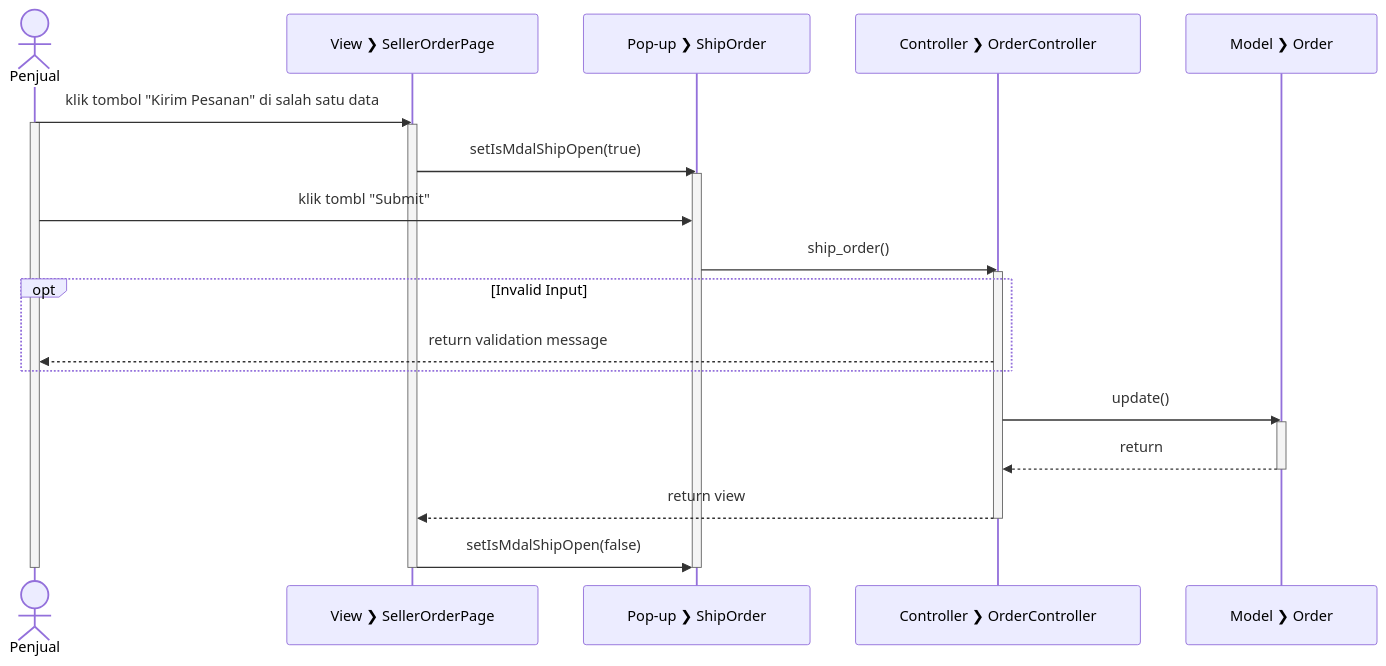
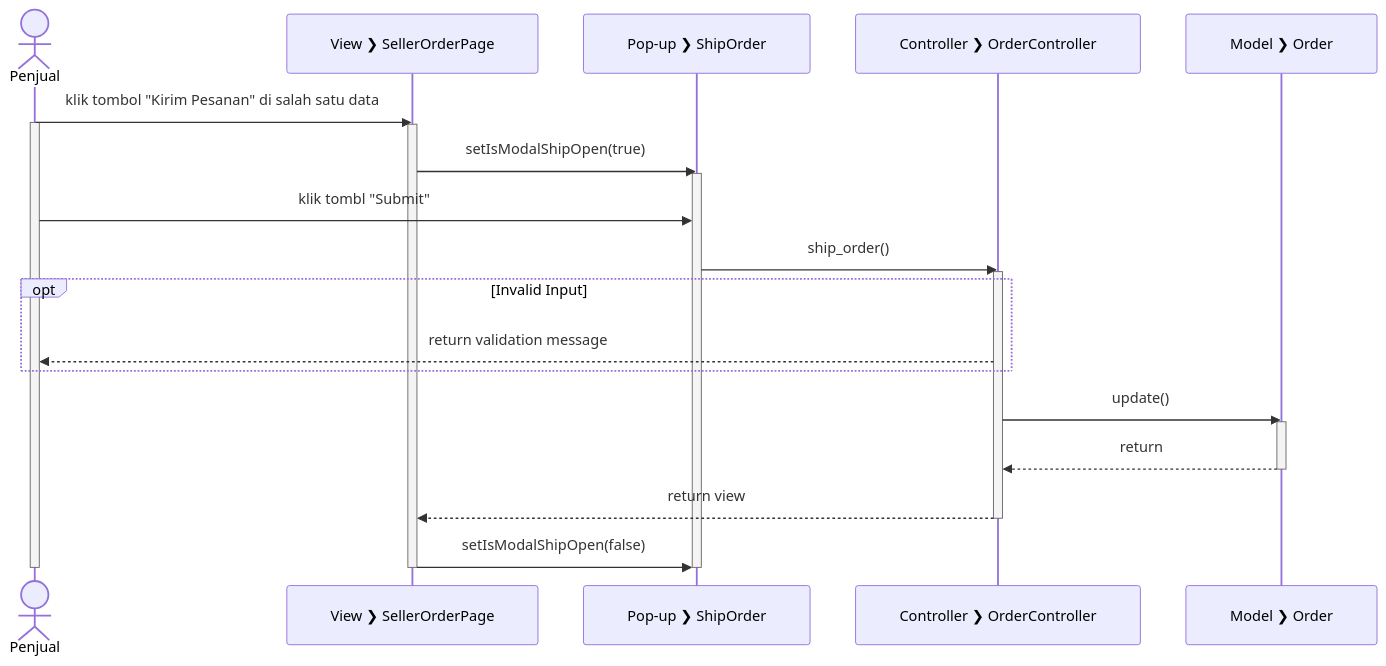
One commit to rizalgrandonk/salesprint-diagrams changed the diagram in sequence/ShipStoreOrders.mmd. Above: the diagram before and after it, drawn with Mermaid. The commit also changed 11 other files, not shown here.

```diff
--- a/sequence/ShipStoreOrders.mmd
+++ b/sequence/ShipStoreOrders.mmd
@@ -1,44 +1,44 @@
 sequenceDiagram
   actor Penjual
   participant V_OP as View #10095; SellerOrderPage
   participant P_SO as Pop-up #10095; ShipOrder
   participant C_O as Controller #10095; OrderController
   participant M_O as Model #10095; Order
 
   Penjual->>V_OP: klik tombol "Kirim Pesanan" di salah satu data
   
   activate Penjual
 
   activate V_OP
 
-  V_OP->>P_SO: setIsMdalShipOpen(true)
+  V_OP->>P_SO: setIsModalShipOpen(true)
 
   activate P_SO
 
   Penjual->>P_SO: klik tombl "Submit"
   P_SO->>C_O: ship_order()
 
   activate C_O
 
   opt Invalid Input
     C_O-->>Penjual: return validation message
   end
 
   C_O->>M_O: update()
   
   activate M_O
   
   M_O-->>C_O: return
 
   deactivate M_O
 
   C_O-->>V_OP: return view
 
   deactivate C_O
   
-  V_OP->>P_SO: setIsMdalShipOpen(false)
+  V_OP->>P_SO: setIsModalShipOpen(false)
 
   deactivate P_SO
   deactivate V_OP
   
   deactivate Penjual
```
